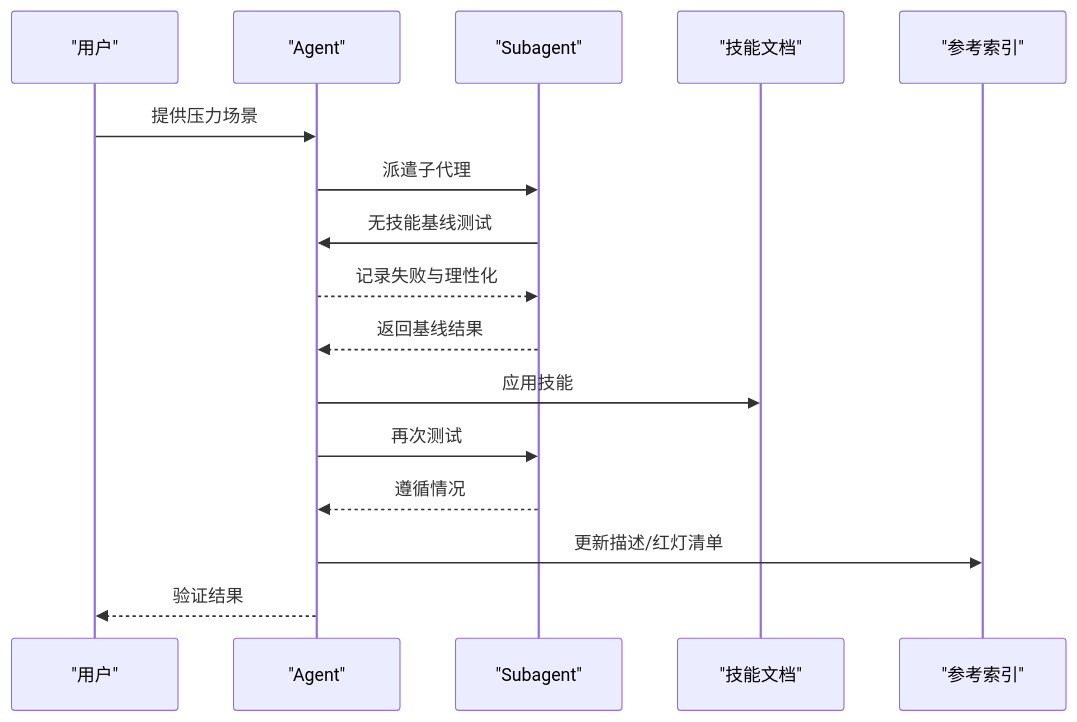
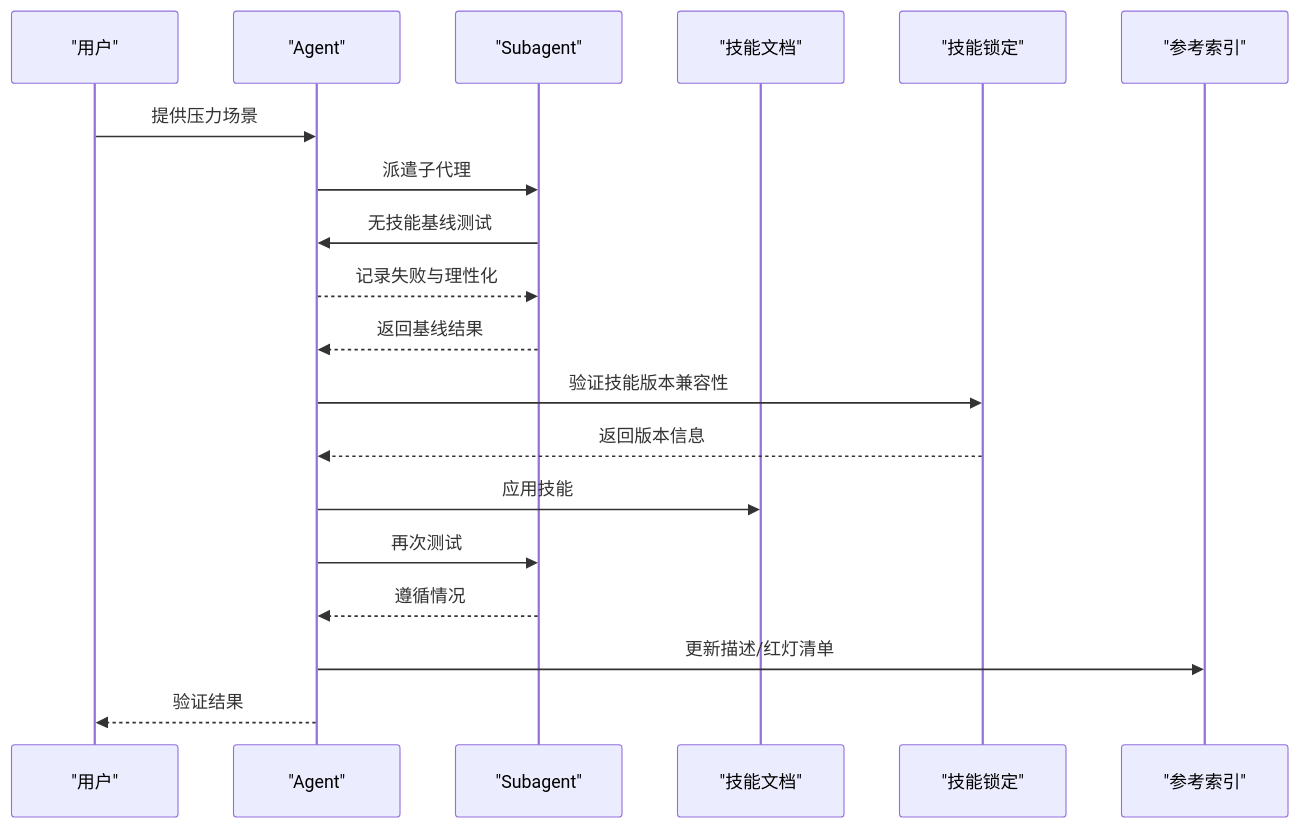
Before and after one commit to AngelWings1997/altas: the fifth of 10 diagrams in .qoder/repowiki/zh/content/超级能力模块/技能编写指南.md, drawn with Mermaid. The commit also changed other lines of this file and 2 other files, not shown here.

````diff
--- a/.qoder/repowiki/zh/content/超级能力模块/技能编写指南.md
+++ b/.qoder/repowiki/zh/content/超级能力模块/技能编写指南.md
@@ -215,18 +236,21 @@
 ```mermaid
 sequenceDiagram
 participant User as "用户"
 participant Agent as "Agent"
 participant Subagent as "Subagent"
 participant Skill as "技能文档"
+participant Lock as "技能锁定"
 participant Index as "参考索引"
 User->>Agent : 提供压力场景
 Agent->>Subagent : 派遣子代理
 Subagent->>Agent : 无技能基线测试
 Agent-->>Subagent : 记录失败与理性化
 Subagent-->>Agent : 返回基线结果
+Agent->>Lock : 验证技能版本兼容性
+Lock-->>Agent : 返回版本信息
 Agent->>Skill : 应用技能
 Agent->>Subagent : 再次测试
 Subagent-->>Agent : 遵循情况
 Agent->>Index : 更新描述/红灯清单
 Agent-->>User : 验证结果
 ```
````
